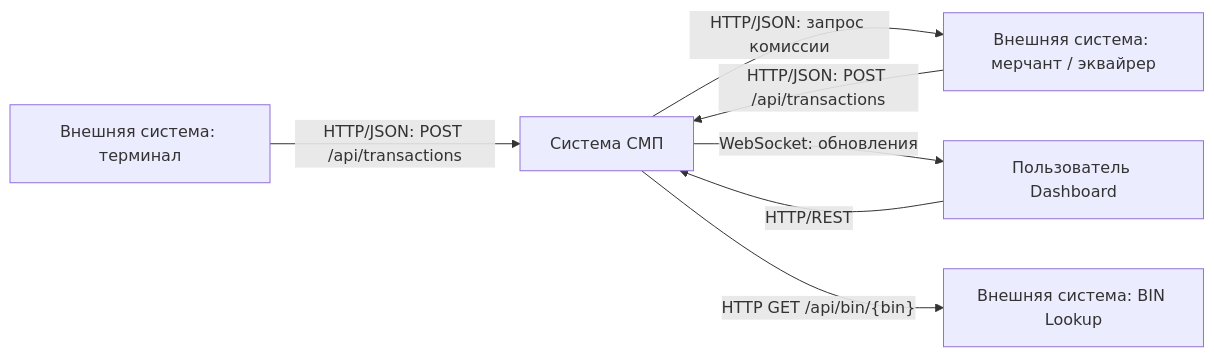
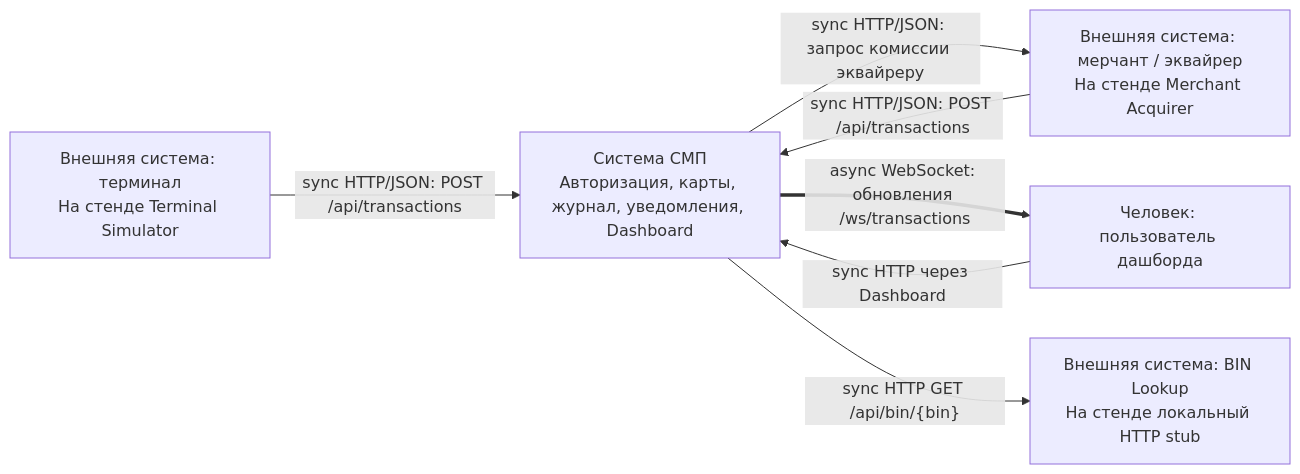
The diagram in docs/practice-3-pyramid/architecture/a1-context.md (LektonSoftwareTestingCourse/PracticLevShilin), drawn with Mermaid before and after one commit.

Commit message:
add a1 ctx

````diff
--- a/docs/practice-3-pyramid/architecture/a1-context.md
+++ b/docs/practice-3-pyramid/architecture/a1-context.md
@@ -3,15 +3,14 @@
 ```mermaid
 flowchart LR
-    T["Внешняя система: терминал"]
-    M["Внешняя система: мерчант / эквайрер"]
-    U["Пользователь Dashboard"]
-    S["Система СМП"]
-    B["Внешняя система: BIN Lookup"]
-
-    T -->|"HTTP/JSON: POST /api/transactions"| S
-    M -->|"HTTP/JSON: POST /api/transactions"| S
-    S -->|"HTTP/JSON: запрос комиссии"| M
-    U -->|"HTTP/REST"| S
-    S -->|"WebSocket: обновления"| U
-    S -->|"HTTP GET /api/bin/{bin}"| B
+    T["Внешняя система: терминал<br/>На стенде Terminal Simulator"]
+    M["Внешняя система: мерчант / эквайрер<br/>На стенде Merchant Acquirer"]
+    U["Человек: пользователь дашборда"]
+    S["Система СМП<br/>Авторизация, карты, журнал, уведомления, Dashboard"]
+    B["Внешняя система: BIN Lookup<br/>На стенде локальный HTTP stub"]
+    T -->|"sync HTTP/JSON: POST /api/transactions"| S
+    M -->|"sync HTTP/JSON: POST /api/transactions"| S
+    S -->|"sync HTTP/JSON: запрос комиссии эквайреру"| M
+    U -->|"sync HTTP через Dashboard"| S
+    S ==>|"async WebSocket: обновления /ws/transactions"| U
+    S -->|"sync HTTP GET /api/bin/{bin}"| B
 ```
````
